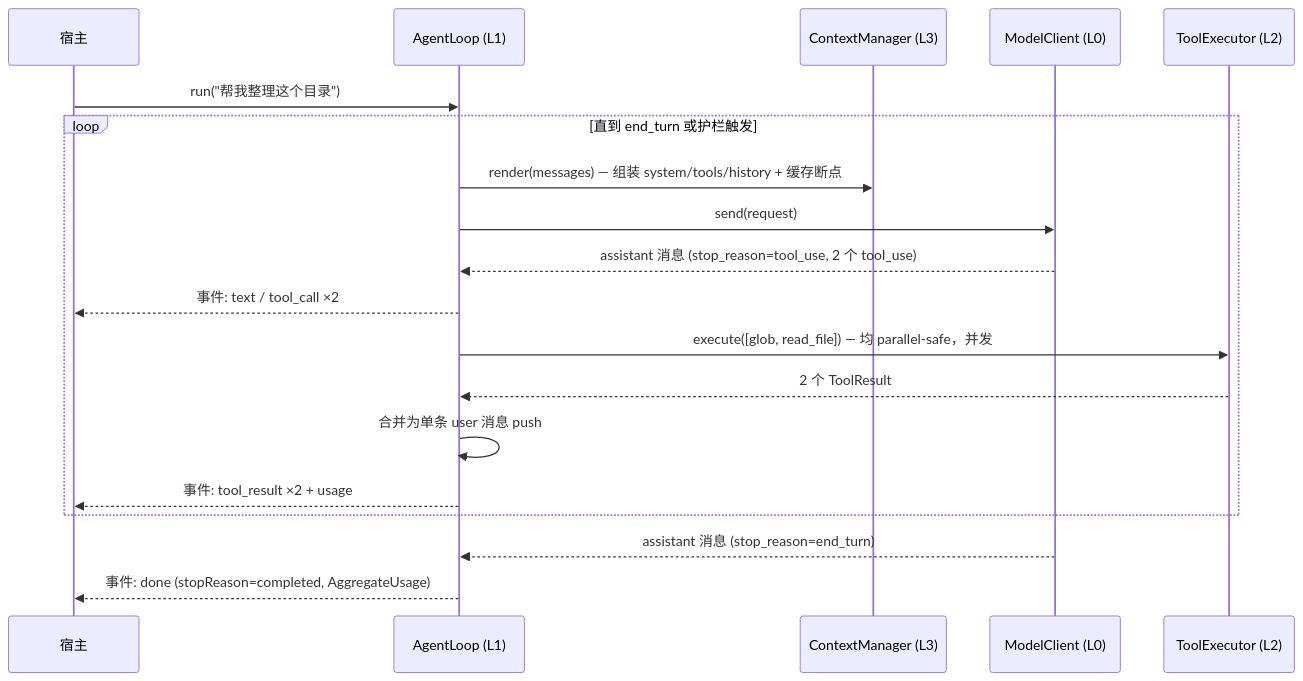
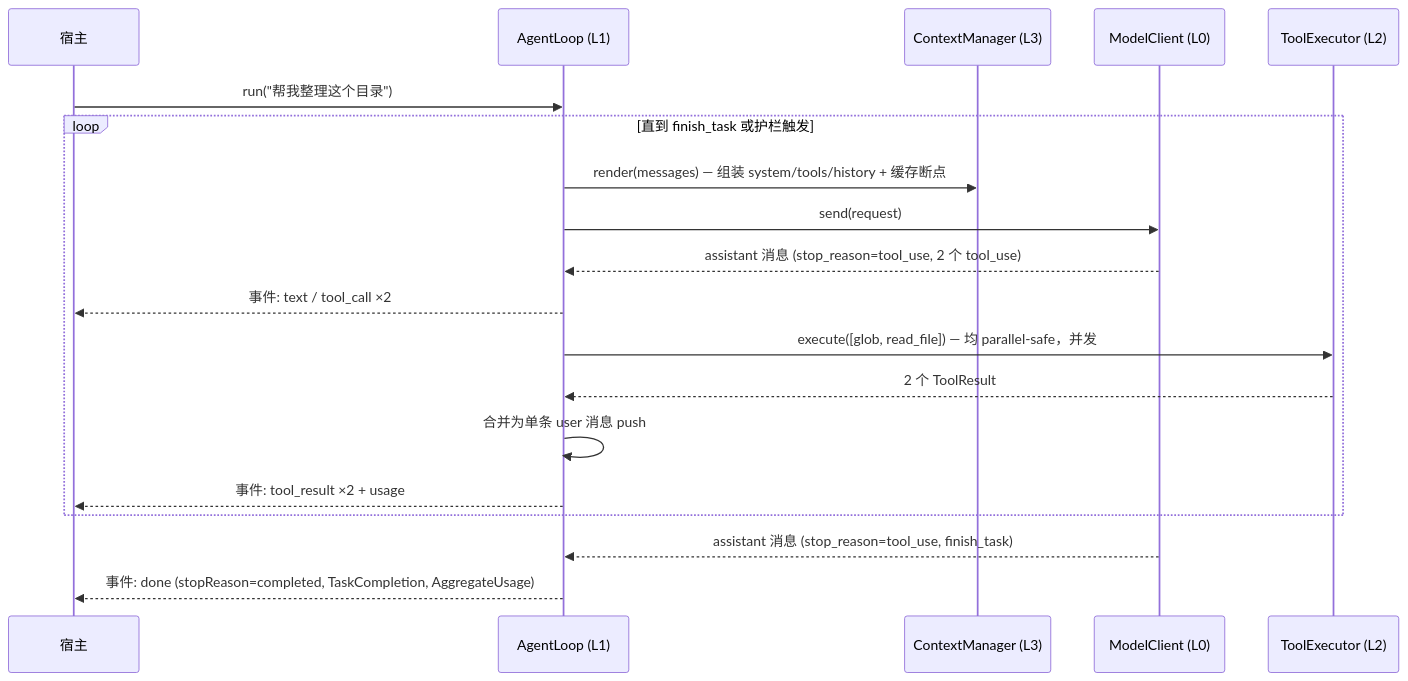
The second of 2 diagrams in docs/02-architecture.md (Zeraissh/Agent_HarnssEngineering), drawn with Mermaid before and after one commit. The commit also changed other lines of this file and 63 other files, not shown here.

````diff
--- a/docs/02-architecture.md
+++ b/docs/02-architecture.md
@@ -94,21 +95,21 @@
 ```mermaid
 sequenceDiagram
     participant H as 宿主
     participant L as AgentLoop (L1)
     participant C as ContextManager (L3)
     participant M as ModelClient (L0)
     participant T as ToolExecutor (L2)
     H->>L: run("帮我整理这个目录")
-    loop 直到 end_turn 或护栏触发
+    loop 直到 finish_task 或护栏触发
         L->>C: render(messages) — 组装 system/tools/history + 缓存断点
         L->>M: send(request)
         M-->>L: assistant 消息 (stop_reason=tool_use, 2 个 tool_use)
         L-->>H: 事件: text / tool_call ×2
         L->>T: execute([glob, read_file])  — 均 parallel-safe，并发
         T-->>L: 2 个 ToolResult
         L->>L: 合并为单条 user 消息 push
         L-->>H: 事件: tool_result ×2 + usage
     end
-    M-->>L: assistant 消息 (stop_reason=end_turn)
-    L-->>H: 事件: done (stopReason=completed, AggregateUsage)
+    M-->>L: assistant 消息 (stop_reason=tool_use, finish_task)
+    L-->>H: 事件: done (stopReason=completed, TaskCompletion, AggregateUsage)
 ```
````
